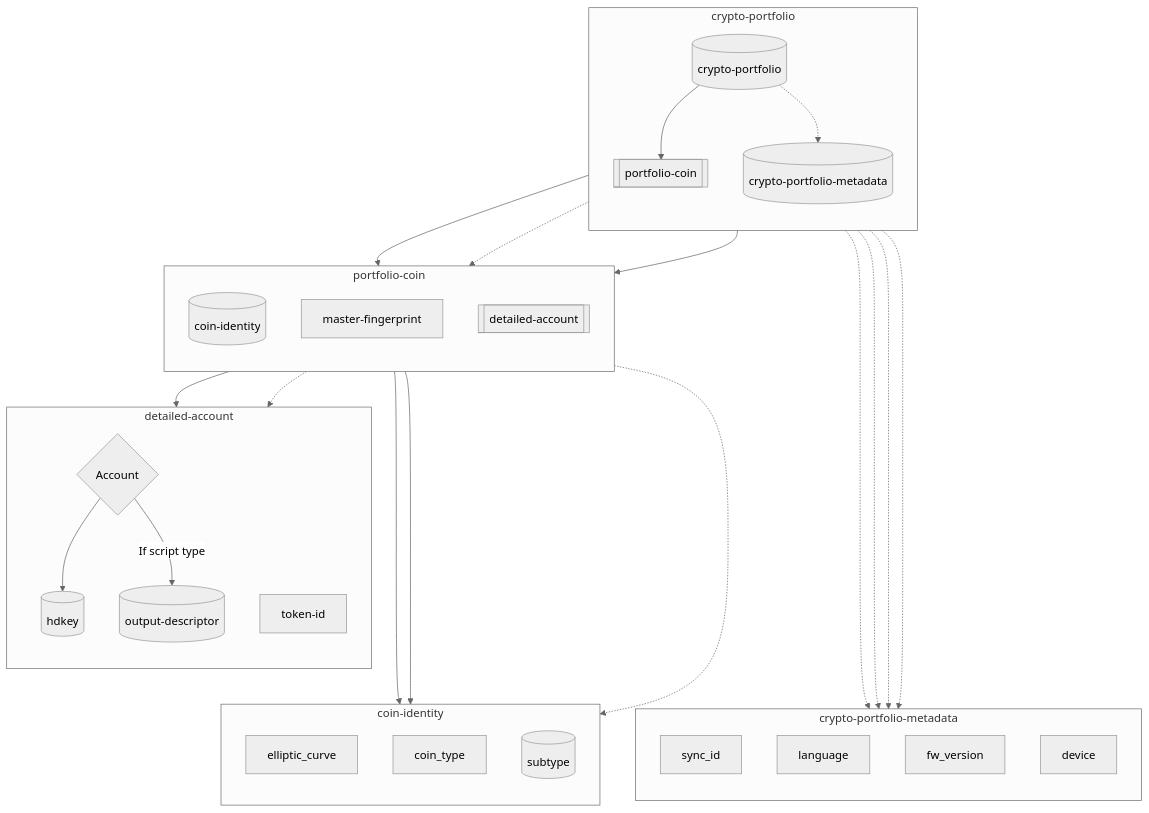
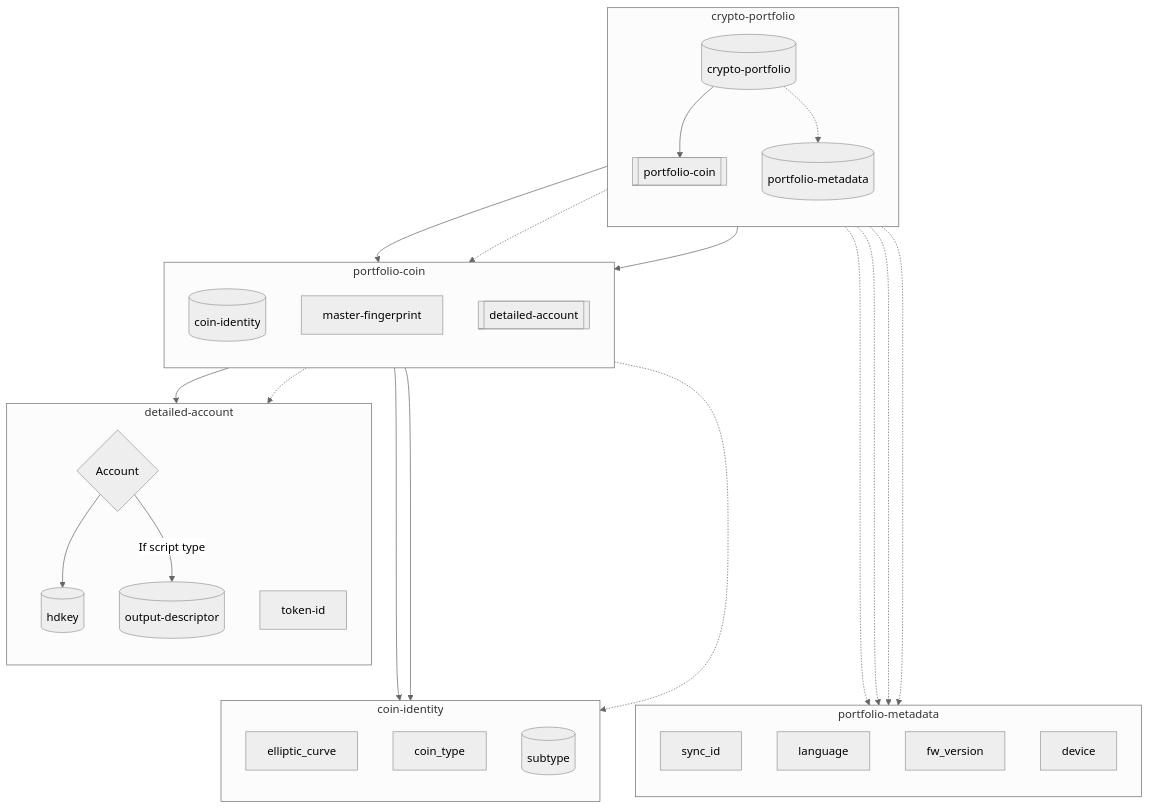
The fourth of 4 diagrams in papers/nbcr-2023-002-multi-layer-sync.md (ngraveio/Research), drawn with Mermaid (neutral theme) before and after one commit. The commit also changed other lines of this file, not shown here.

Commit message:
NBCR: Update crypto-portfolio-metadata (#6.1404) to portfolio-metadata (#6.41404)

````diff
--- a/papers/nbcr-2023-002-multi-layer-sync.md
+++ b/papers/nbcr-2023-002-multi-layer-sync.md
@@ -458,44 +458,44 @@
 ```mermaid
 flowchart TB
 	%% crypto-sync breakdown
 	Sync[(crypto-portfolio)]
 	subgraph crypto-portfolio
     direction TB
 	Sync --> Coins[[portfolio-coin]]
-	Sync -.-> Meta[(crypto-portfolio-metadata)]
+	Sync -.-> Meta[(portfolio-metadata)]
     end
 
-	%% crypto-portfolio-metadata breakdown
-	subgraph crypto-portfolio-metadata
+	%% portfolio-metadata breakdown
+	subgraph portfolio-metadata
     direction TB
 	Meta -...-> sync_id
 	Meta -...-> language
 	Meta -...-> fw_version
 	Meta -...-> device
 	end
 
 	%% portfolio-coin breakdown
 	subgraph portfolio-coin
     direction TB
 	Coins --> ID[(coin-identity)]
     Coins -.-> MF2[master-fingerprint]
 	Coins --> DetAcc[[detailed-account]]
     end
 
     %% detailed-account breakdown
     subgraph detailed-account
     direction TB
     DetAcc --> key{Account}
 	key --> HD[(hdkey)]
 	key --> |If script type| Out[(output-descriptor)]
 	DetAcc -.-> token-id
 	end
 
 	%% coin-identity breakdown
 	subgraph coin-identity
     direction TB
 	ID ---> elliptic_curve
 	ID ---> coin_type
 	ID -..-> Subtypes[(subtype)]
 	end
 ```
````
